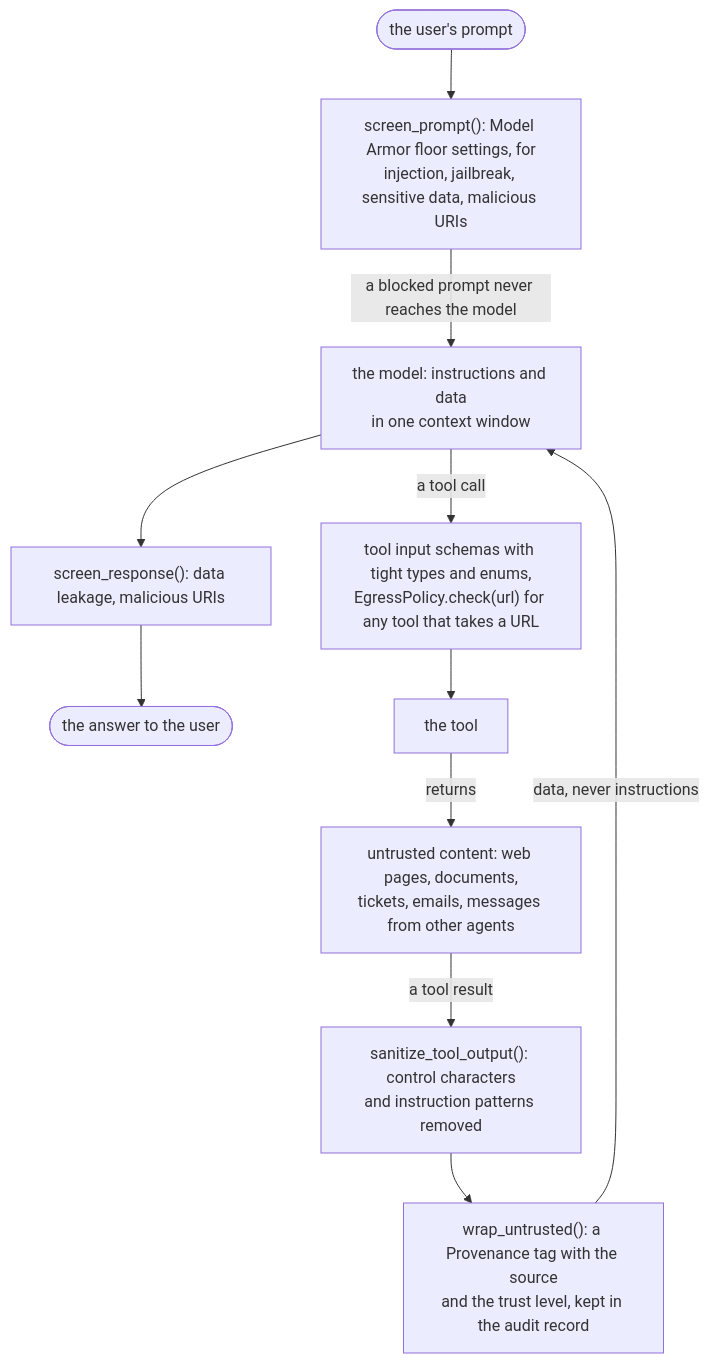
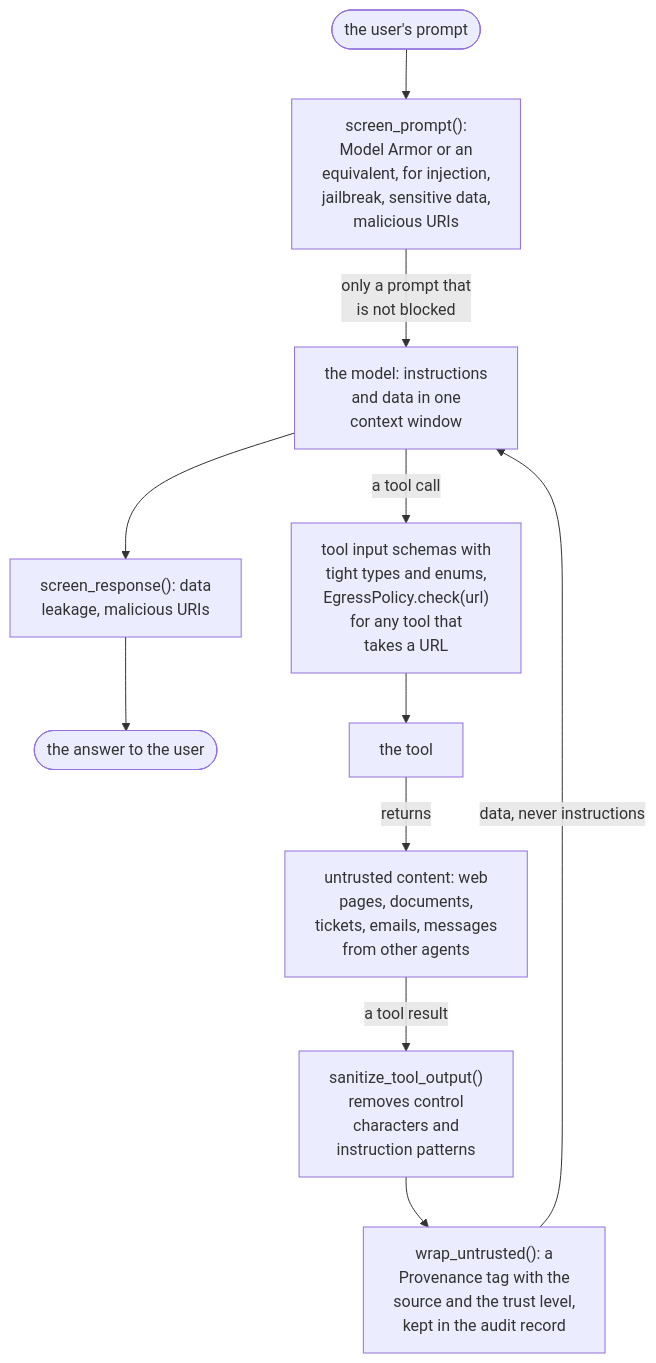
The third of 3 diagrams in 06-gateway/identity-security/agentic-identity-gcp-lab/docs/primer.md (aniryou/full-stack-agentic-engineer), drawn with Mermaid before and after one commit. The commit also changed other lines of this file and 29 other files, not shown here.

````diff
--- a/06-gateway/identity-security/agentic-identity-gcp-lab/docs/primer.md
+++ b/06-gateway/identity-security/agentic-identity-gcp-lab/docs/primer.md
@@ -285,13 +286,13 @@
 ```mermaid
 flowchart TB
-    UP(["the user's prompt"]) --> SP["screen_prompt(): Model Armor floor settings, for<br/>injection, jailbreak, sensitive data, malicious URIs"]
-    SP -- "a blocked prompt never reaches the model" --> MODEL["the model: instructions and data<br/>in one context window"]
-    MODEL --> SR["screen_response(): data leakage, malicious URIs"]
+    UP(["the user's prompt"]) --> SP["screen_prompt():<br/>Model Armor or an<br/>equivalent, for injection,<br/>jailbreak, sensitive data,<br/>malicious URIs"]
+    SP -- "only a prompt that<br/>is not blocked" --> MODEL["the model: instructions<br/>and data in one<br/>context window"]
+    MODEL --> SR["screen_response(): data<br/>leakage, malicious URIs"]
     SR --> OUT(["the answer to the user"])
-    MODEL -- "a tool call" --> ARGS["tool input schemas with tight types and enums,<br/>EgressPolicy.check(url) for any tool that takes a URL"]
+    MODEL -- "a tool call" --> ARGS["tool input schemas with<br/>tight types and enums,<br/>EgressPolicy.check(url)<br/>for any tool that<br/>takes a URL"]
     ARGS --> TOOL["the tool"]
-    TOOL -- "returns" --> EXT["untrusted content: web pages, documents,<br/>tickets, emails, messages from other agents"]
-    EXT -- "a tool result" --> SAN["sanitize_tool_output(): control characters<br/>and instruction patterns removed"]
-    SAN --> WRAP["wrap_untrusted(): a Provenance tag with the source<br/>and the trust level, kept in the audit record"]
+    TOOL -- "returns" --> EXT["untrusted content: web<br/>pages, documents,<br/>tickets, emails, messages<br/>from other agents"]
+    EXT -- "a tool result" --> SAN["sanitize_tool_output()<br/>removes control<br/>characters and<br/>instruction patterns"]
+    SAN --> WRAP["wrap_untrusted(): a<br/>Provenance tag with the<br/>source and the trust level,<br/>kept in the audit record"]
     WRAP -- "data, never instructions" --> MODEL
 ```
````
